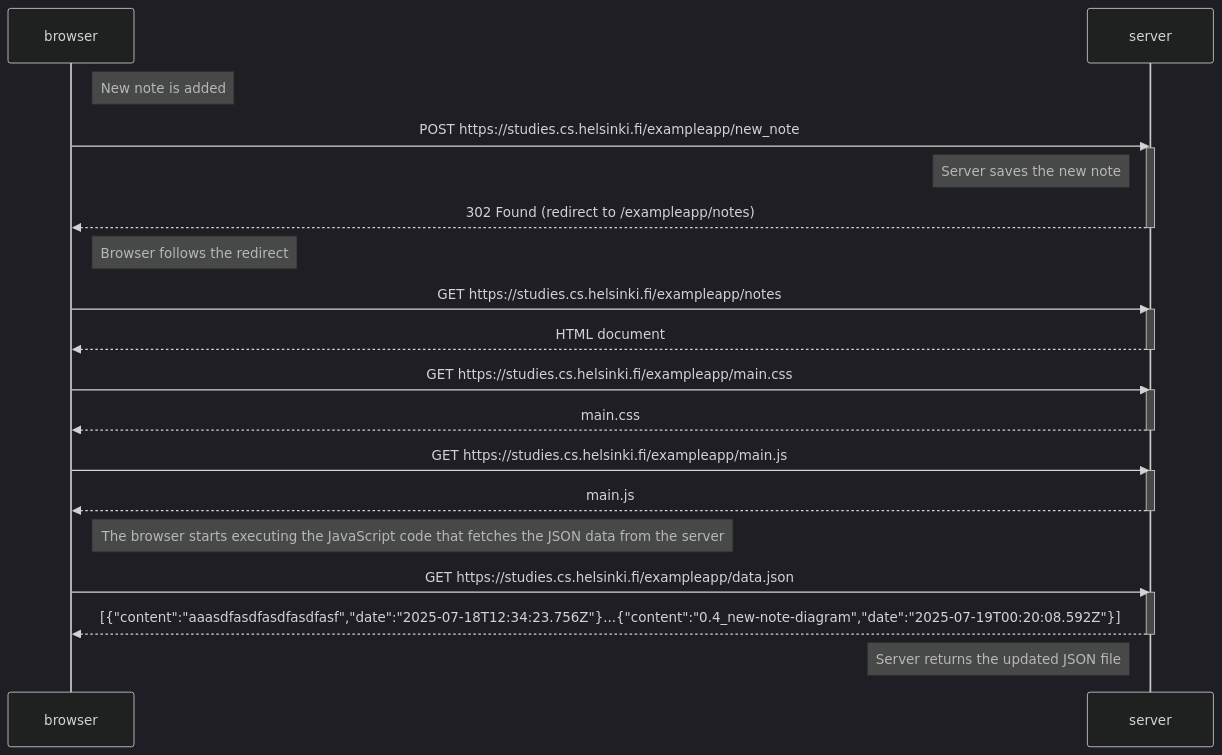
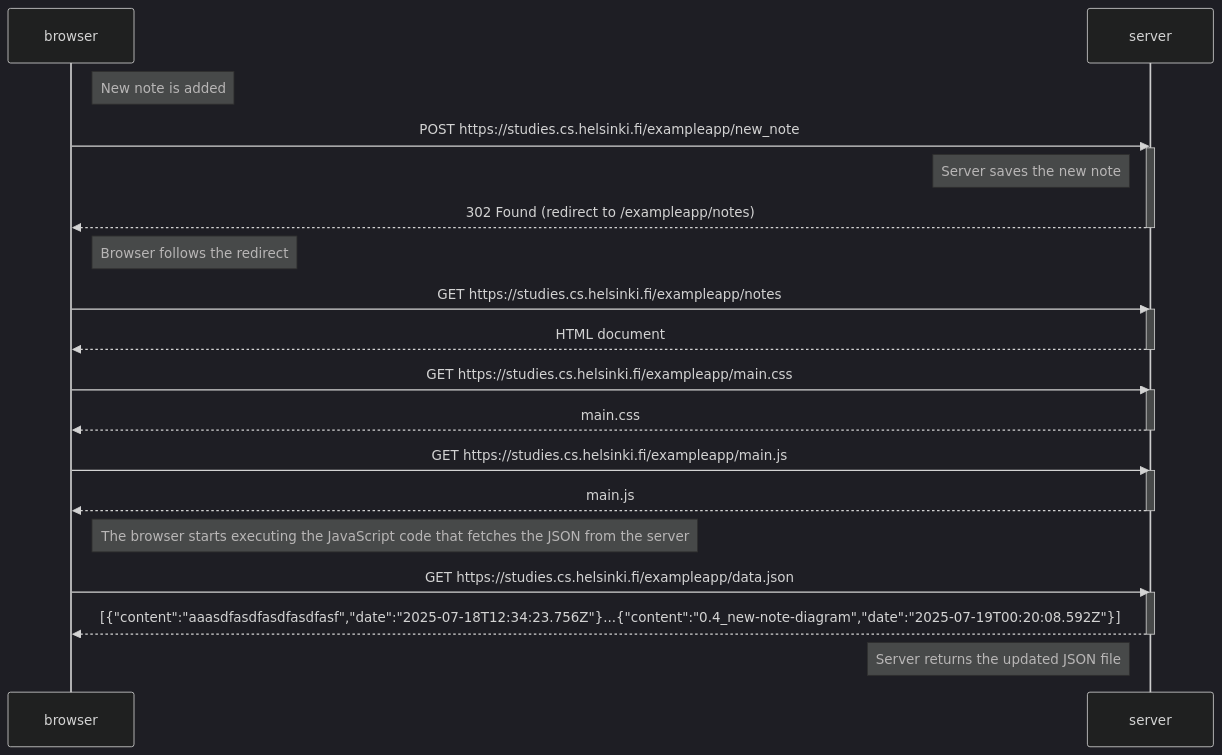
One commit to akil4/fullstackopen changed the diagram in part0/0.4_new-note-diagram.md. Above: the diagram before and after it, drawn with Mermaid (dark theme). The commit also changed 1 other file, not shown here.

Commit message:
0.5_single-page-app-diagram completed

````diff
--- a/part0/0.4_new-note-diagram.md
+++ b/part0/0.4_new-note-diagram.md
@@ -3,38 +3,38 @@
 ```mermaid
 sequenceDiagram
     participant browser
     participant server
 
     Note right of browser: New note is added
 
     browser->>server: POST https://studies.cs.helsinki.fi/exampleapp/new_note
     activate server
     Note left of server: Server saves the new note
     server-->>browser: 302 Found (redirect to /exampleapp/notes)
     deactivate server
 
     Note right of browser: Browser follows the redirect
 
     browser->>server: GET https://studies.cs.helsinki.fi/exampleapp/notes
     activate server
     server-->>browser: HTML document
     deactivate server
 
     browser->>server: GET https://studies.cs.helsinki.fi/exampleapp/main.css
     activate server
     server-->>browser: main.css
     deactivate server
 
     browser->>server: GET https://studies.cs.helsinki.fi/exampleapp/main.js
     activate server
     server-->>browser: main.js
     deactivate server
 
-    Note right of browser: The browser starts executing the JavaScript code that fetches the JSON data from the server
+    Note right of browser: The browser starts executing the JavaScript code that fetches the JSON from the server
 
     browser->>server: GET https://studies.cs.helsinki.fi/exampleapp/data.json
     activate server
     server-->>browser: [{"content":"aaasdfasdfasdfasdfasf","date":"2025-07-18T12:34:23.756Z"}...{"content":"0.4_new-note-diagram","date":"2025-07-19T00:20:08.592Z"}]
     deactivate server
     Note left of server: Server returns the updated JSON file
 ```
````
